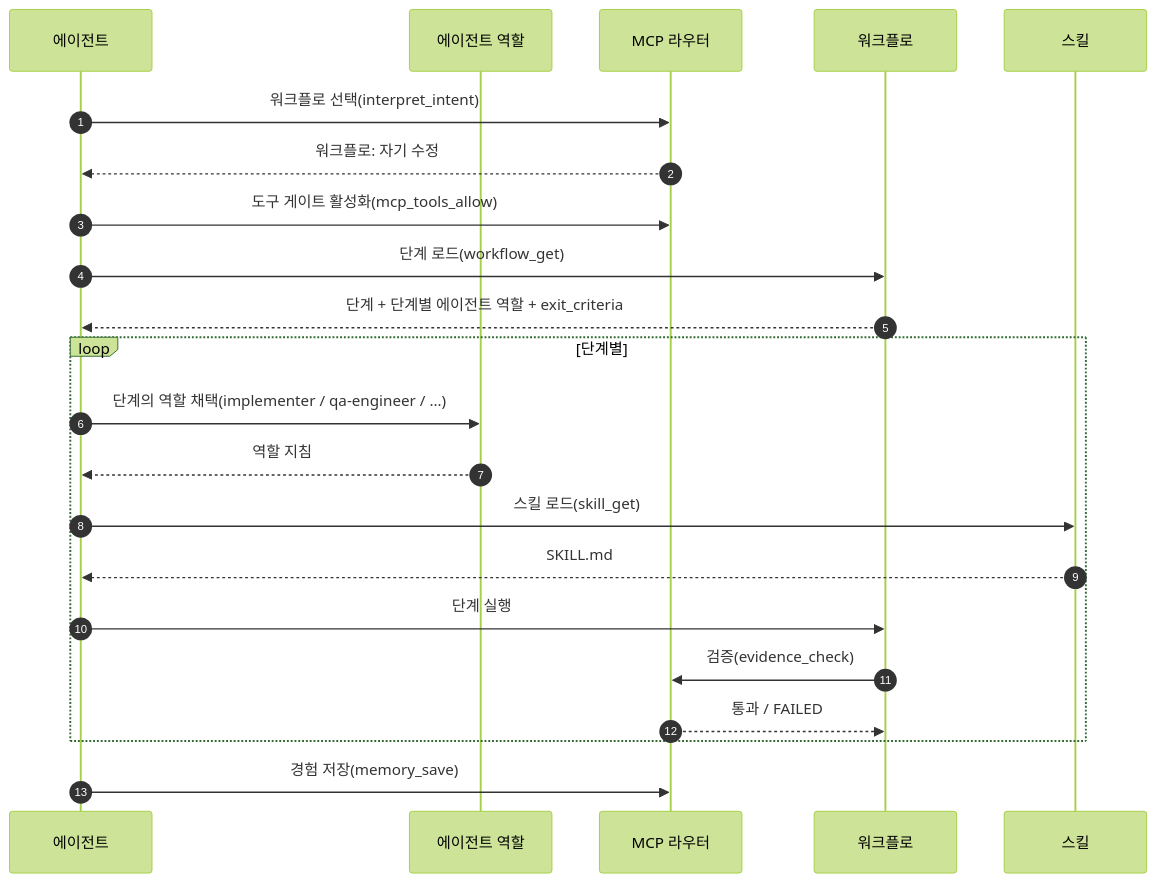
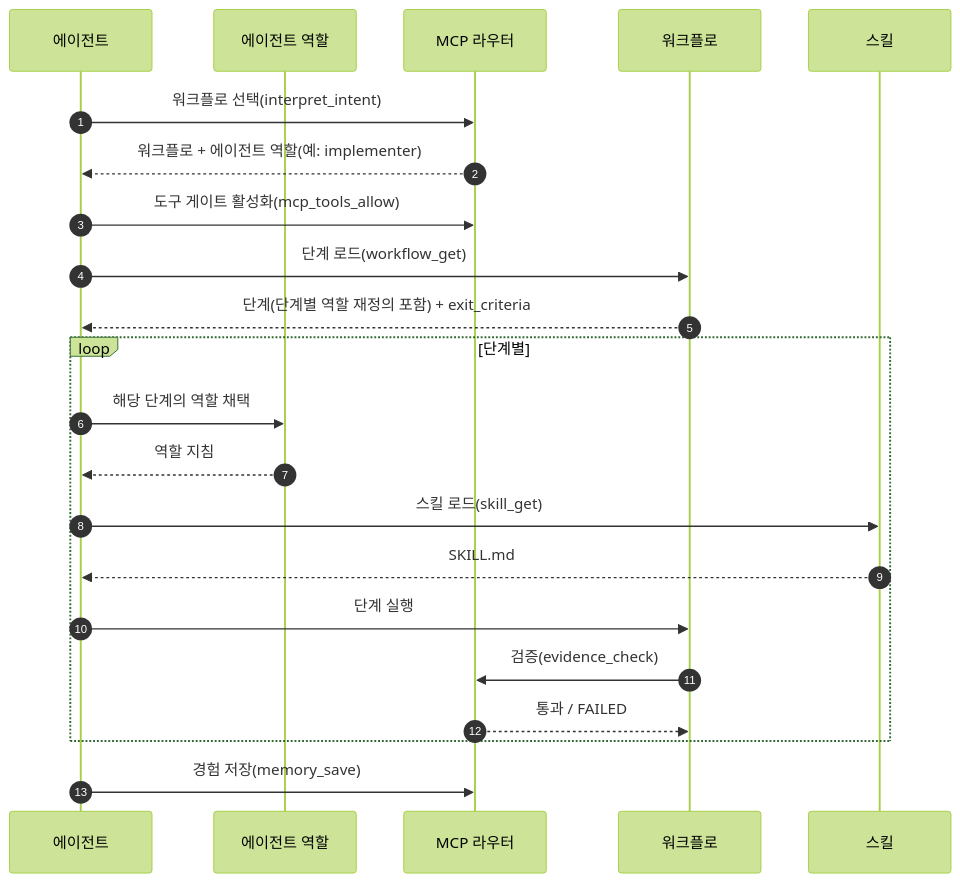
Before and after one commit to parkwoo/wawoo-agent-skills: the diagram in README.ko.md, drawn with Mermaid (forest theme). The commit also changed 3 other files, not shown here.

````diff
--- a/README.ko.md
+++ b/README.ko.md
@@ -62,24 +62,24 @@
 ```mermaid
 sequenceDiagram
     autonumber
     participant A as 에이전트
     participant G as 에이전트 역할
     participant R as MCP 라우터
     participant W as 워크플로
     participant S as 스킬
     A->>R: 워크플로 선택(interpret_intent)
-    R-->>A: 워크플로: 자기 수정
+    R-->>A: 워크플로 + 에이전트 역할(예: implementer)
     A->>R: 도구 게이트 활성화(mcp_tools_allow)
     A->>W: 단계 로드(workflow_get)
-    W-->>A: 단계 + 단계별 에이전트 역할 + exit_criteria
+    W-->>A: 단계(단계별 역할 재정의 포함) + exit_criteria
     loop 단계별
-        A->>G: 단계의 역할 채택(implementer / qa-engineer / …)
+        A->>G: 해당 단계의 역할 채택
         G-->>A: 역할 지침
         A->>S: 스킬 로드(skill_get)
         S-->>A: SKILL.md
         A->>W: 단계 실행
         W->>R: 검증(evidence_check)
         R-->>W: 통과 / FAILED
     end
     A->>R: 경험 저장(memory_save)
 ```
````
